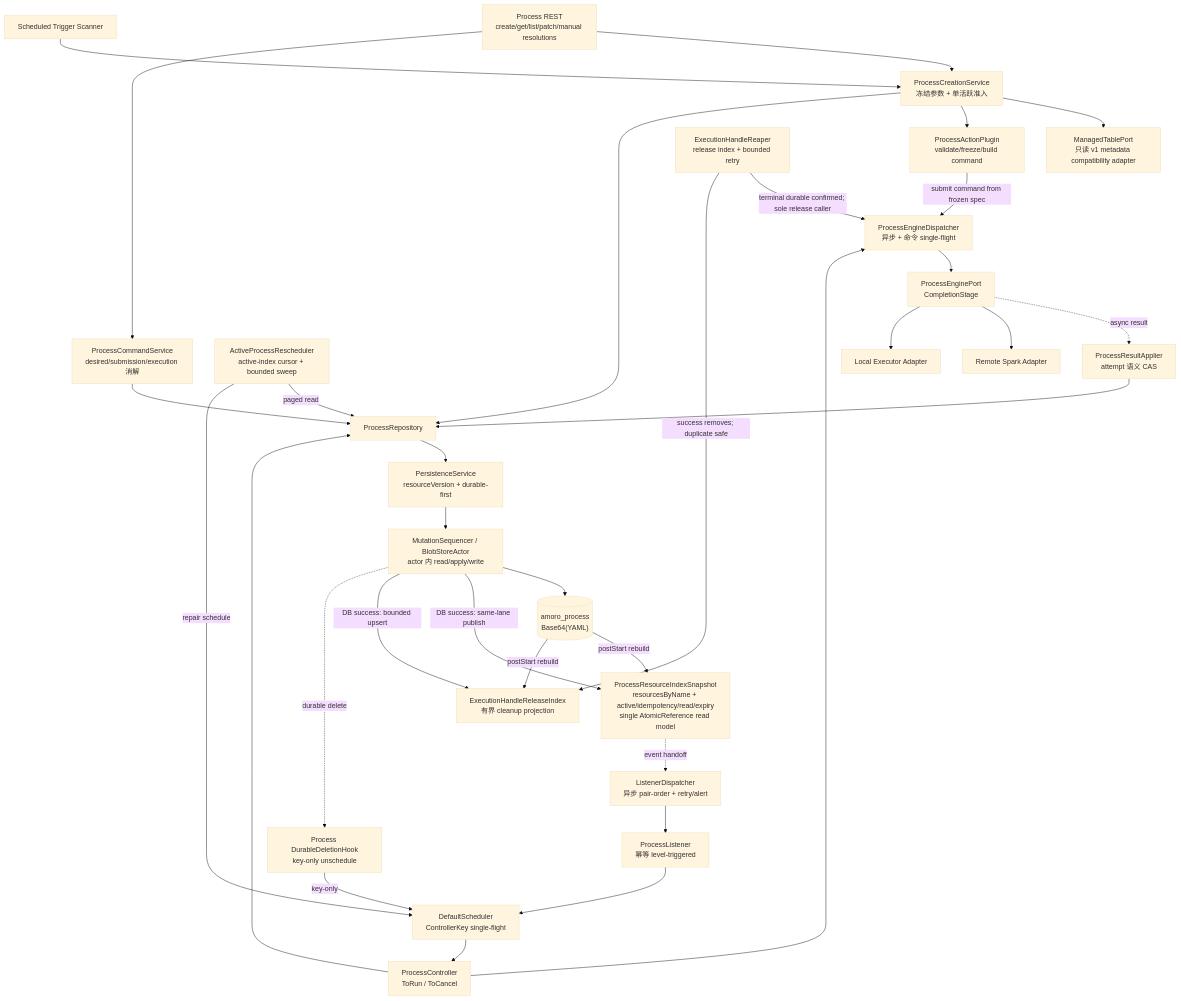
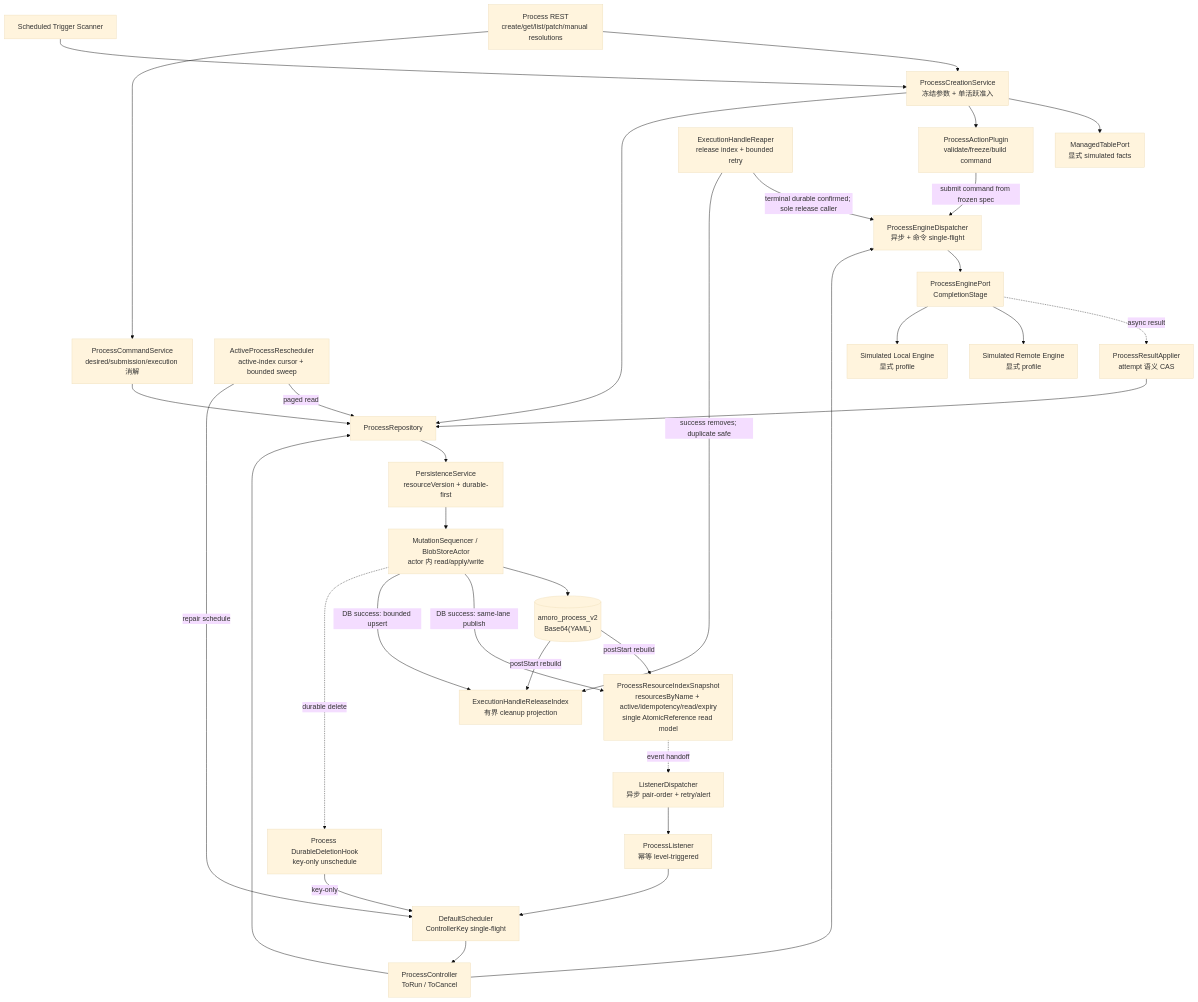
Before and after one commit to GlacioData/amoro: the first of 5 diagrams in tasks/amoro-ams-v2-process-spec.md, drawn with Mermaid (base theme). The commit also changed other lines of this file and 6 other files, not shown here.

Commit message:
docs: finalize simulated process specification

````diff
--- a/tasks/amoro-ams-v2-process-spec.md
+++ b/tasks/amoro-ams-v2-process-spec.md
@@ -254,53 +269,53 @@
 ```mermaid
 flowchart TB
     API["Process REST\ncreate/get/list/patch/manual resolutions"]
     SCAN["Scheduled Trigger Scanner"]
     CREATE["ProcessCreationService\n冻结参数 + 单活跃准入"]
     COMMAND["ProcessCommandService\ndesired/submission/execution 消解"]
-    TABLE["ManagedTablePort\n只读 v1 metadata compatibility adapter"]
+    TABLE["ManagedTablePort\n显式 simulated facts"]
     ACTION["ProcessActionPlugin\nvalidate/freeze/build command"]
     REPO["ProcessRepository"]
     PERSIST["PersistenceService\nresourceVersion + durable-first"]
     ACTOR["MutationSequencer / BlobStoreActor\nactor 内 read/apply/write"]
-    DB[("amoro_process\nBase64(YAML)")]
+    DB[("amoro_process_v2\nBase64(YAML)")]
     STATE["ProcessResourceIndexSnapshot\nresourcesByName + active/idempotency/read/expiry\nsingle AtomicReference read model"]
     RELEASEIDX["ExecutionHandleReleaseIndex\n有界 cleanup projection"]
     LDISPATCH["ListenerDispatcher\n异步 pair-order + retry/alert"]
     LISTENER["ProcessListener\n幂等 level-triggered"]
     RESCHED["ActiveProcessRescheduler\nactive-index cursor + bounded sweep"]
     REAPER["ExecutionHandleReaper\nrelease index + bounded retry"]
     DHOOK["Process DurableDeletionHook\nkey-only unschedule"]
     SCHED["DefaultScheduler\nControllerKey single-flight"]
     CTRL["ProcessController\nToRun / ToCancel"]
     DISPATCH["ProcessEngineDispatcher\n异步 + 命令 single-flight"]
     PORT["ProcessEnginePort\nCompletionStage"]
     RESULT["ProcessResultApplier\nattempt 语义 CAS"]
-    REMOTE["Remote Spark Adapter"]
-    LOCAL["Local Executor Adapter"]
+    REMOTE["Simulated Remote Engine\n显式 profile"]
+    LOCAL["Simulated Local Engine\n显式 profile"]
 
     API --> CREATE
     API --> COMMAND
     SCAN --> CREATE
     CREATE --> TABLE
     CREATE --> ACTION
     CREATE --> REPO
     COMMAND --> REPO
     CTRL --> REPO
     REPO --> PERSIST --> ACTOR --> DB
     DB -->|postStart rebuild| STATE
     DB -->|postStart rebuild| RELEASEIDX
     ACTOR -->|DB success: same-lane publish| STATE
     ACTOR -->|DB success: bounded upsert| RELEASEIDX
     ACTOR -.->|durable delete| DHOOK
     DHOOK -->|key-only| SCHED
     STATE -.->|event handoff| LDISPATCH --> LISTENER --> SCHED --> CTRL
     RESCHED -->|paged read| REPO
     RESCHED -->|repair schedule| SCHED
     REAPER -->|terminal durable confirmed; sole release caller| DISPATCH
     REAPER -->|success removes; duplicate safe| RELEASEIDX
     CTRL --> DISPATCH --> PORT
     ACTION -->|submit command from frozen spec| DISPATCH
     PORT -.->|async result| RESULT --> REPO
     PORT --> REMOTE
     PORT --> LOCAL
 ```
````
